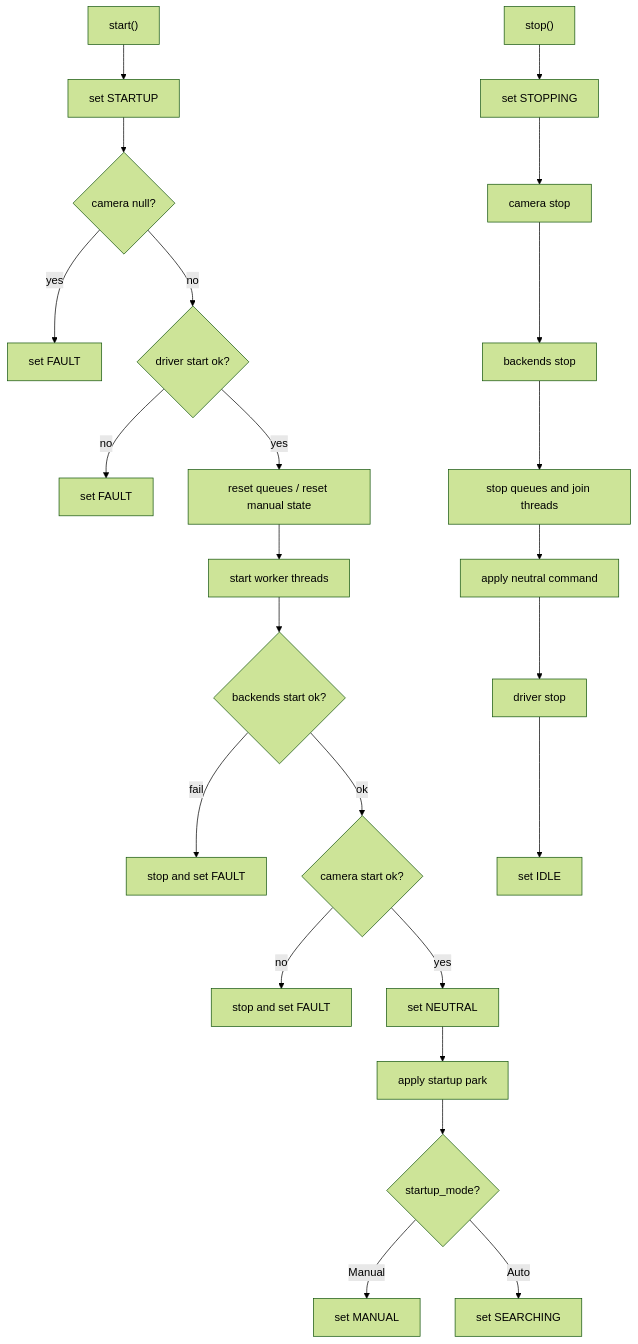
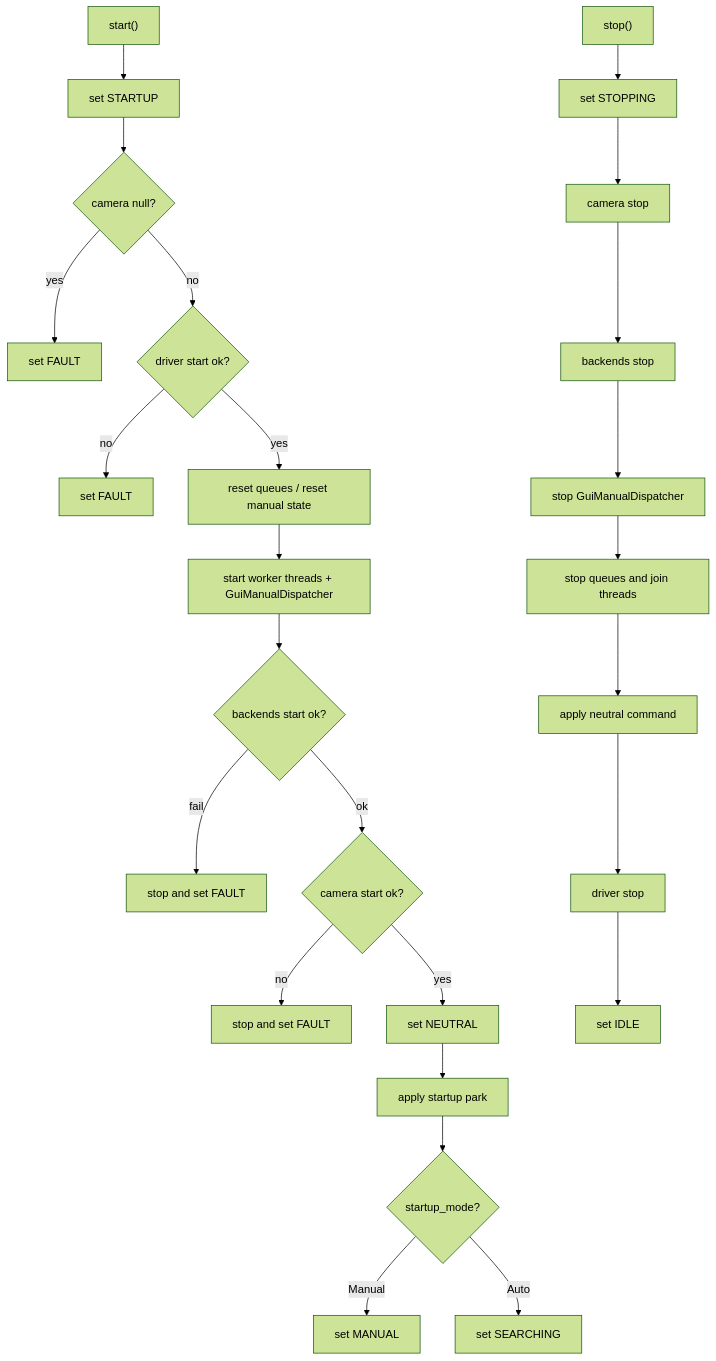
The second of 3 diagrams in docs/state_machine.md (fadihalteh/sun2), drawn with Mermaid (forest theme) before and after one commit. The commit also changed other lines of this file and 15 other files, not shown here.

````diff
--- a/docs/state_machine.md
+++ b/docs/state_machine.md
@@ -180,33 +183,34 @@
 ```mermaid
 flowchart TD
     A["start()"] --> B["set STARTUP"]
     B --> C{"camera null?"}
     C -- yes --> F1["set FAULT"]
 
     C -- no --> D{"driver start ok?"}
     D -- no --> F2["set FAULT"]
 
     D -- yes --> E["reset queues / reset manual state"]
-    E --> G["start worker threads"]
+    E --> G["start worker threads + GuiManualDispatcher"]
 
     G --> H{"backends start ok?"}
     H -- fail --> F3["stop and set FAULT"]
 
     H -- ok --> I{"camera start ok?"}
     I -- no --> F4["stop and set FAULT"]
 
     I -- yes --> J["set NEUTRAL"]
     J --> K["apply startup park"]
 
     K --> L{"startup_mode?"}
     L -- Manual --> M["set MANUAL"]
     L -- Auto --> N["set SEARCHING"]
 
     O["stop()"] --> P["set STOPPING"]
     P --> Q["camera stop"]
     Q --> R["backends stop"]
-    R --> S["stop queues and join threads"]
+    R --> R2["stop GuiManualDispatcher"]
+    R2 --> S["stop queues and join threads"]
     S --> T["apply neutral command"]
     T --> U["driver stop"]
     U --> W["set IDLE"]
 ```
````
